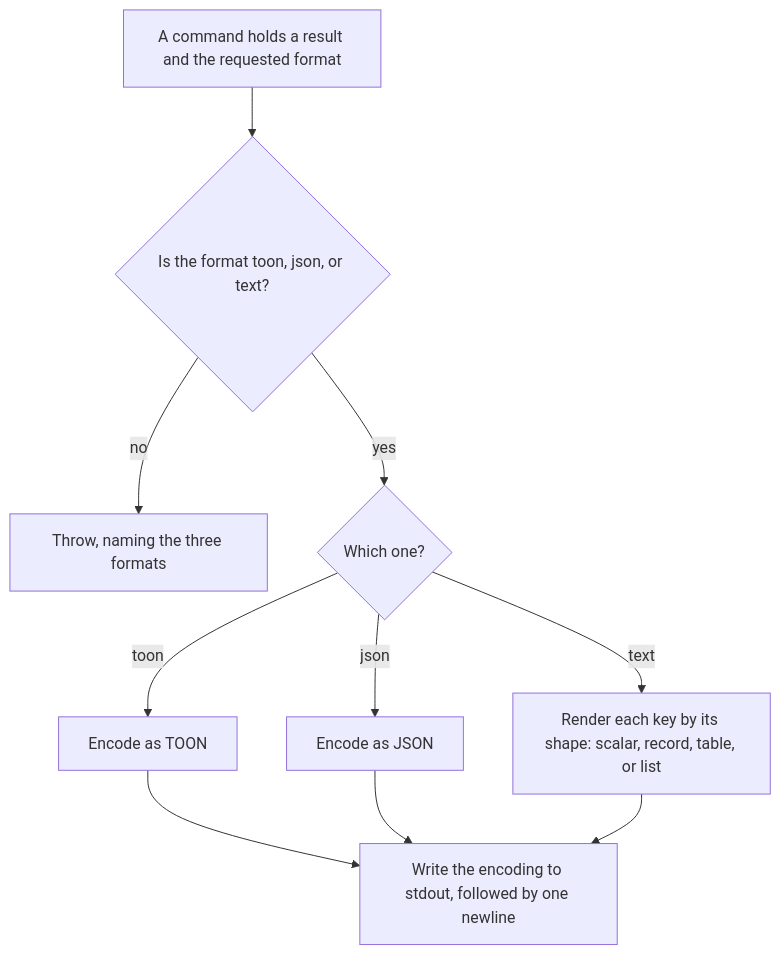
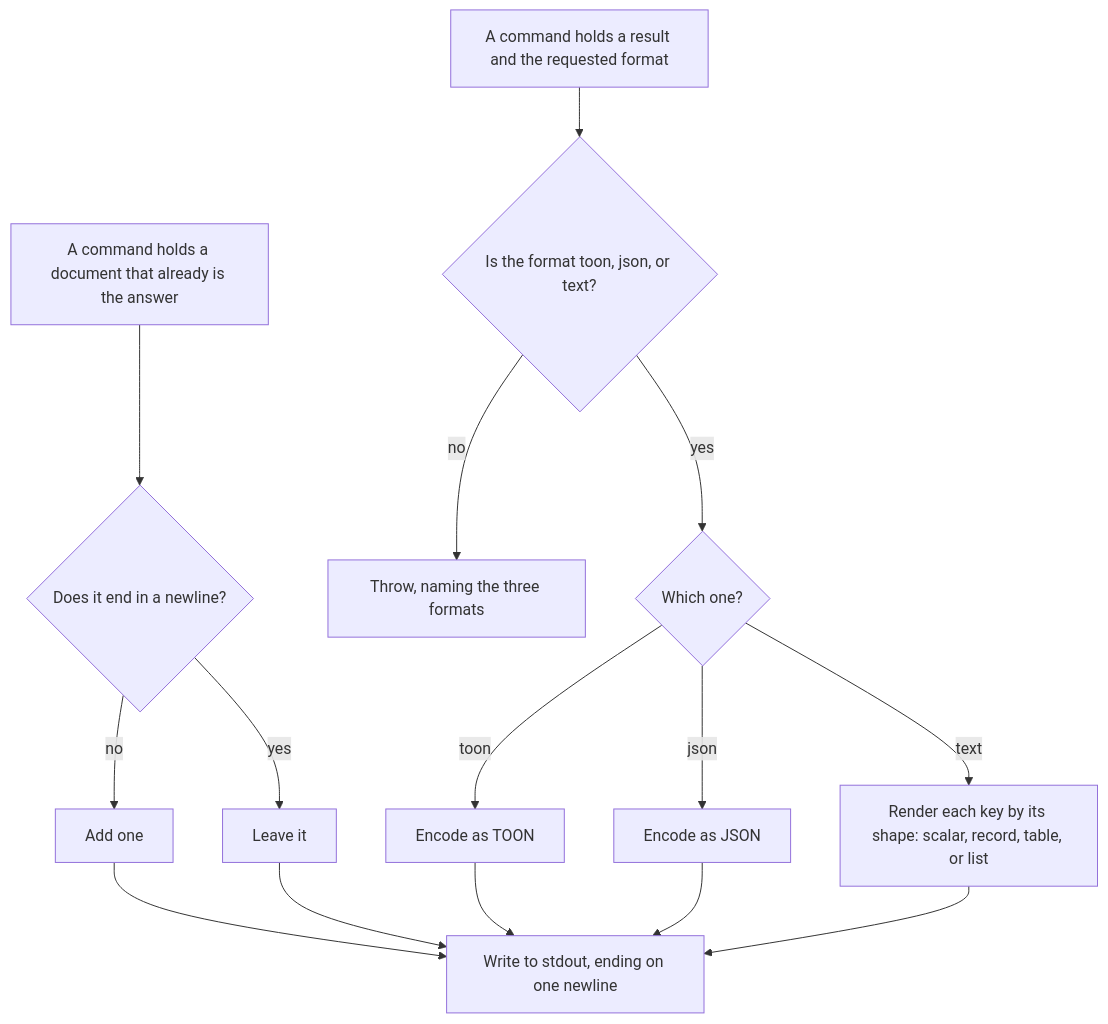
Before and after one commit to repobuddy/buddy-agent-harness: the first of 2 diagrams in packages/buddy-agent-harness/.agents/spec/cli/command-output/README.md, drawn with Mermaid. The commit also changed other lines of this file and 33 other files, not shown here.

````diff
--- a/packages/buddy-agent-harness/.agents/spec/cli/command-output/README.md
+++ b/packages/buddy-agent-harness/.agents/spec/cli/command-output/README.md
@@ -89,12 +98,17 @@
 ```mermaid
 flowchart TD
+  Z[A command holds a document that already is the answer] --> Y{Does it end in a newline?}
+  Y -->|no| X[Add one]
+  Y -->|yes| W[Leave it]
+  X --> H
+  W --> H
   A[A command holds a result and the requested format] --> B{Is the format toon, json, or text?}
   B -->|no| C[Throw, naming the three formats]
   B -->|yes| D{Which one?}
   D -->|toon| E[Encode as TOON]
   D -->|json| F[Encode as JSON]
   D -->|text| G[Render each key by its shape: scalar, record, table, or list]
-  E --> H[Write the encoding to stdout, followed by one newline]
+  E --> H[Write to stdout, ending on one newline]
   F --> H
   G --> H
 ```
````
